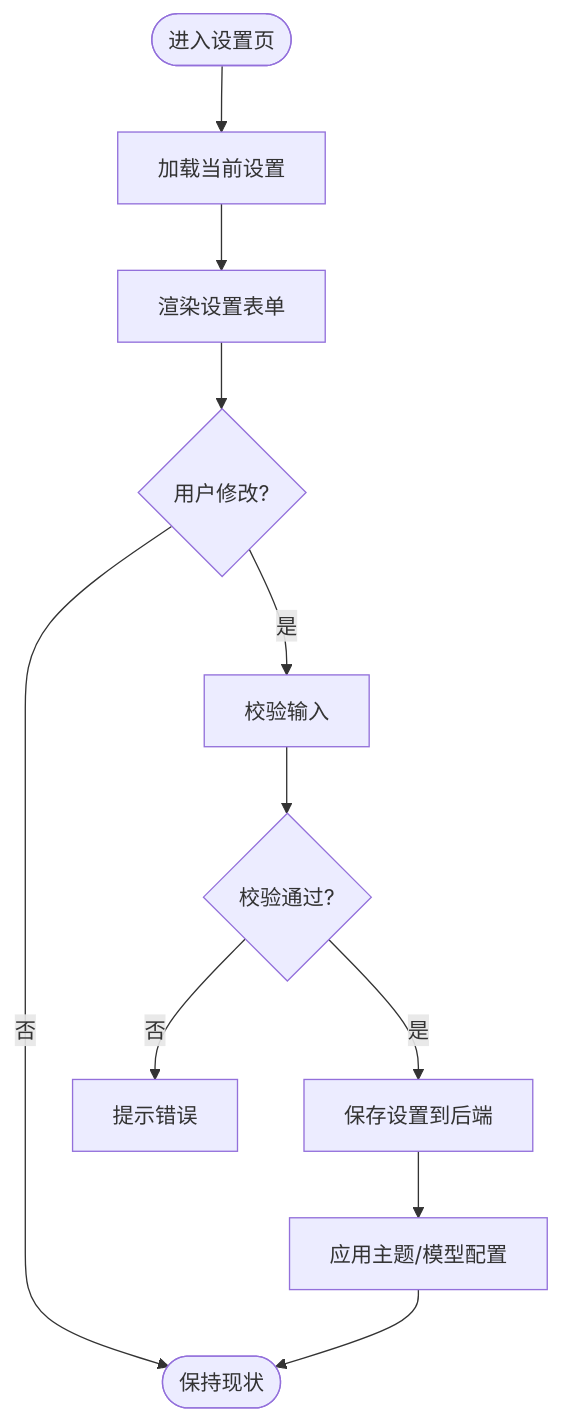
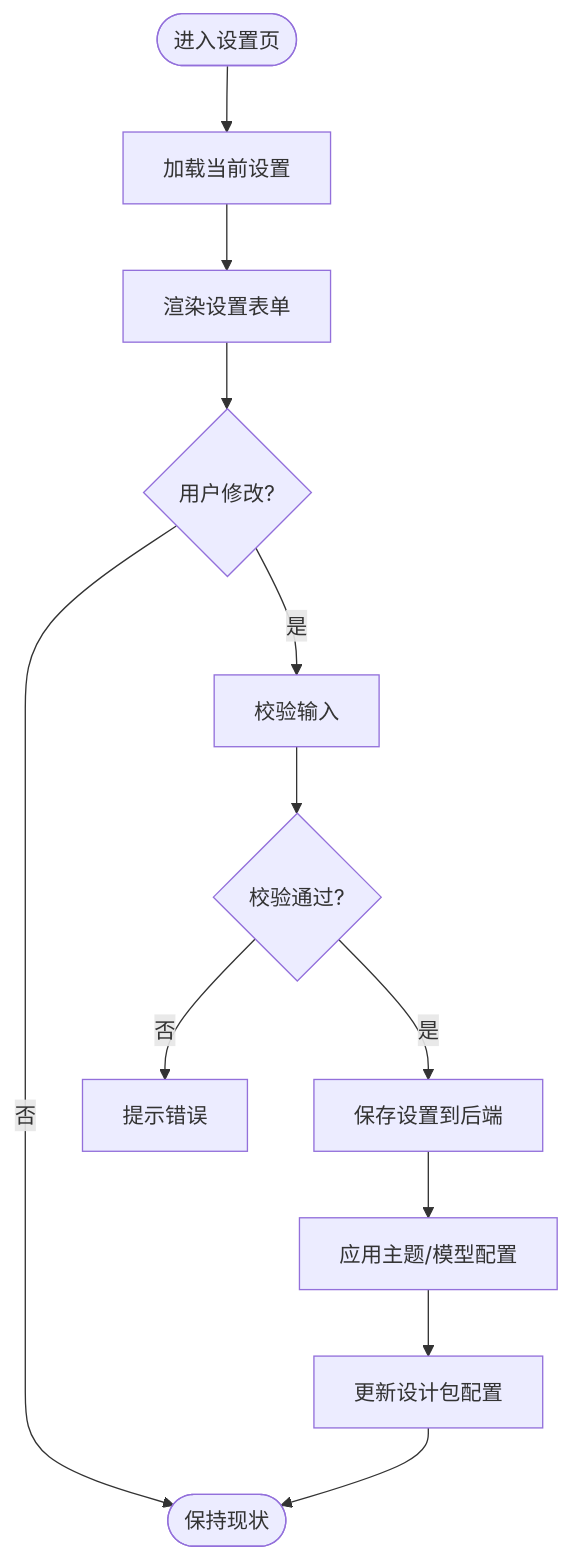
One commit to AIMFllyYS/code-video-canvas changed the sixth of 9 diagrams in .qoder/repowiki/zh/content/UI 组件库/设计系统/PurpleInk v3 设计系统.md. Above: the diagram before and after it, drawn with Mermaid. The commit also changed other lines of this file and 44 other files, not shown here.

````diff
--- a/.qoder/repowiki/zh/content/UI 组件库/设计系统/PurpleInk v3 设计系统.md
+++ b/.qoder/repowiki/zh/content/UI 组件库/设计系统/PurpleInk v3 设计系统.md
@@ -436,13 +473,14 @@
 ```mermaid
 flowchart TD
 Start(["进入设置页"]) --> Load["加载当前设置"]
 Load --> ShowForm["渲染设置表单"]
 ShowForm --> UserEdit{"用户修改?"}
 UserEdit --> |否| End(["保持现状"])
 UserEdit --> |是| Validate["校验输入"]
 Validate --> Valid{"校验通过?"}
 Valid --> |否| Error["提示错误"]
 Valid --> |是| Save["保存设置到后端"]
 Save --> ApplyTheme["应用主题/模型配置"]
-ApplyTheme --> End
+ApplyTheme --> UpdateDesignPack["更新设计包配置"]
+UpdateDesignPack --> End
 ```
````
